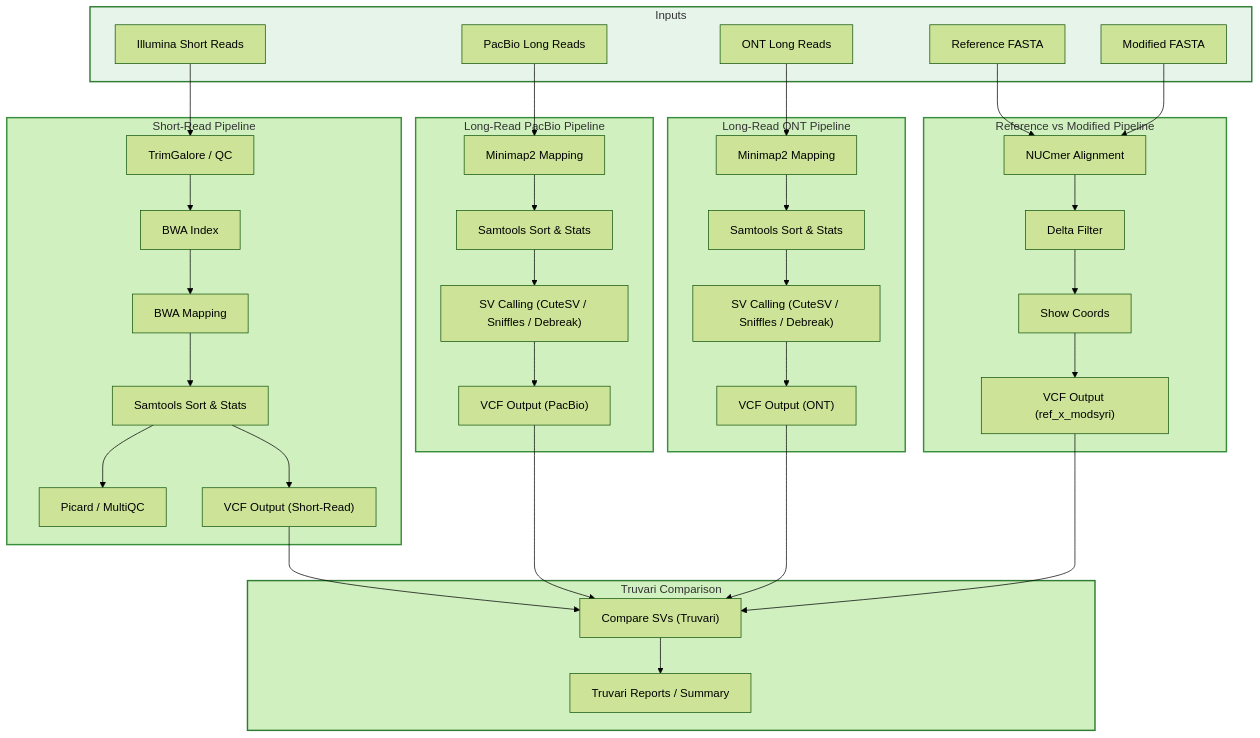
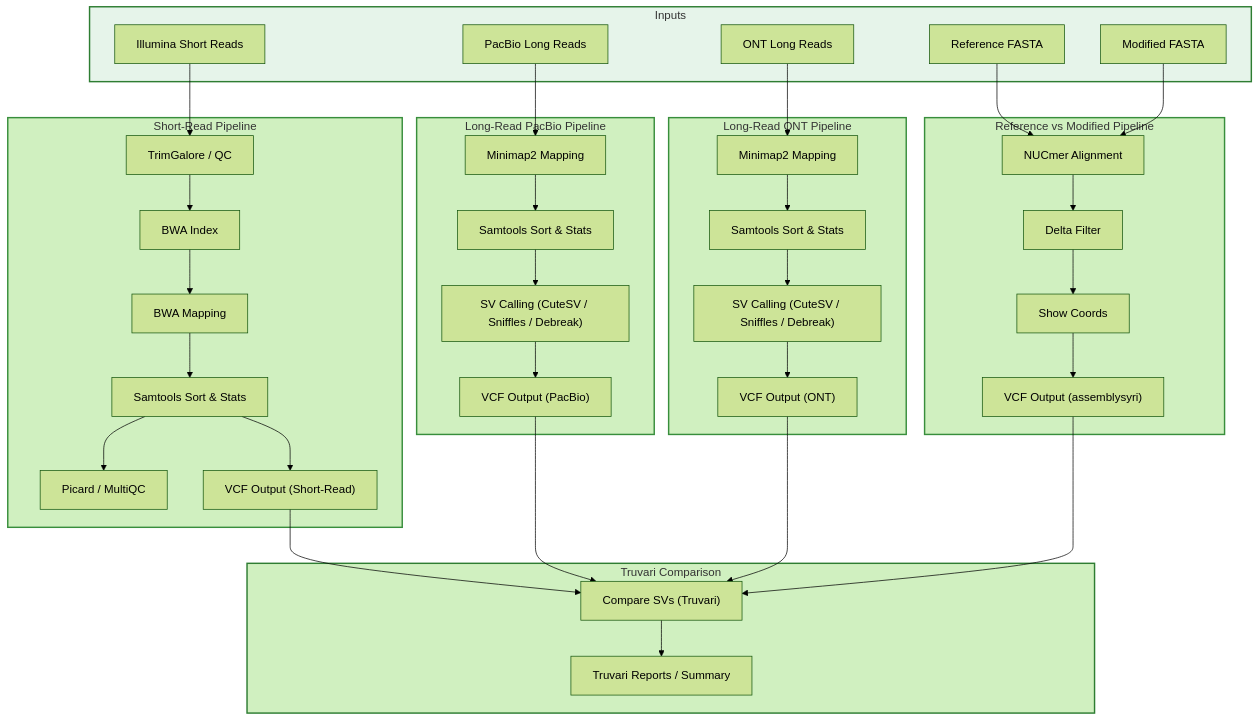
Before and after one commit to denisHanch/efsa_pipeline: the first of 8 diagrams in README.md, drawn with Mermaid (forest theme). The commit also changed other lines of this file and 11 other files, not shown here.

````diff
--- a/README.md
+++ b/README.md
@@ -269,61 +269,61 @@
 ```mermaid
 flowchart TD
     %% Inputs
     subgraph Inputs
         illumina["Illumina Short Reads"]
         pacbio["PacBio Long Reads"]
         ont["ONT Long Reads"]
         ref_fasta["Reference FASTA"]
         mod_fasta["Modified FASTA"]
     end
     style Inputs fill:#E6F4EA,stroke:#2E7D32,stroke-width:2px
 
     %% Short-read pipeline
     subgraph ShortReadPipeline["Short-Read Pipeline"]
         illumina --> trimgalore["TrimGalore / QC"]
         trimgalore --> bwa_index["BWA Index"]
         bwa_index --> bwa_map["BWA Mapping"]
         bwa_map --> samtools_sort["Samtools Sort & Stats"]
         samtools_sort --> picard["Picard / MultiQC"]
         samtools_sort --> sr_vcf["VCF Output (Short-Read)"]
     end
     style ShortReadPipeline fill:#D0F0C0,stroke:#388E3C,stroke-width:2px
 
     %% Long-read PacBio pipeline
     subgraph LongReadPacBio["Long-Read PacBio Pipeline"]
         pacbio --> minimap2_pb["Minimap2 Mapping"]
         minimap2_pb --> samtools_sort_pb["Samtools Sort & Stats"]
         samtools_sort_pb --> pb_sv["SV Calling (CuteSV / Sniffles / Debreak)"]
         pb_sv --> pb_vcf["VCF Output (PacBio)"]
     end
     style LongReadPacBio fill:#D0F0C0,stroke:#388E3C,stroke-width:2px
 
     %% Long-read ONT pipeline
     subgraph LongReadONT["Long-Read ONT Pipeline"]
         ont --> minimap2_ont["Minimap2 Mapping"]
         minimap2_ont --> samtools_sort_ont["Samtools Sort & Stats"]
         samtools_sort_ont --> ont_sv["SV Calling (CuteSV / Sniffles / Debreak)"]
         ont_sv --> ont_vcf["VCF Output (ONT)"]
     end
     style LongReadONT fill:#D0F0C0,stroke:#388E3C,stroke-width:2px
 
     %% Reference vs Modified pipeline
     subgraph RefVsMod["Reference vs Modified Pipeline"]
         ref_fasta --> nucmer["NUCmer Alignment"]
         mod_fasta --> nucmer
         nucmer --> delta_filter["Delta Filter"]
         delta_filter --> show_coords["Show Coords"]
-        show_coords --> syri_vcf["VCF Output (ref_x_modsyri)"]
+        show_coords --> syri_vcf["VCF Output (assemblysyri)"]
     end
     style RefVsMod fill:#D0F0C0,stroke:#388E3C,stroke-width:2px
 
     %% Truvari comparison
     subgraph Truvari["Truvari Comparison"]
         sr_vcf --> truvari["Compare SVs (Truvari)"]
         pb_vcf --> truvari
         ont_vcf --> truvari
         syri_vcf --> truvari
         truvari --> final_report["Truvari Reports / Summary"]
     end
     style Truvari fill:#D0F0C0,stroke:#2E7D32,stroke-width:2px
 ```
````
